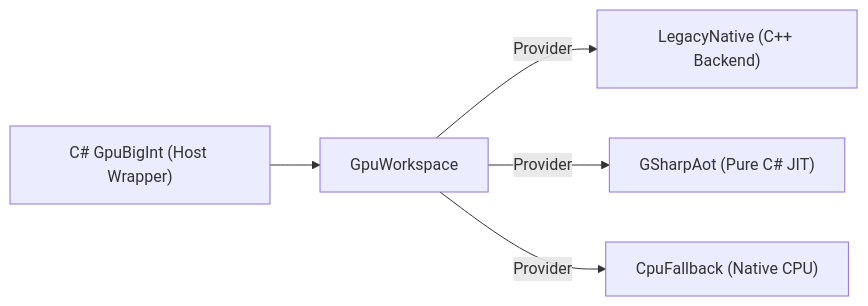
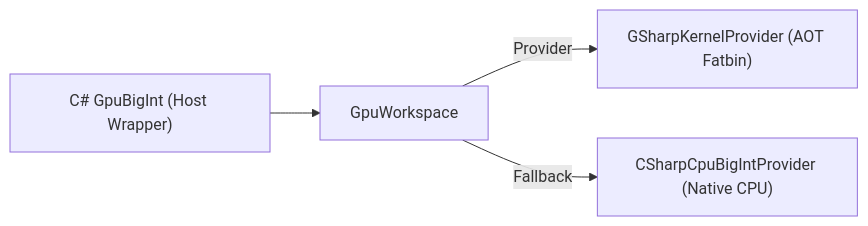
One commit to kassyi/Henicos changed the first of 3 diagrams in docs/spec/en/02_architecture/04_bignum_internals.md. Above: the diagram before and after it, drawn with Mermaid. The commit also changed other lines of this file and 5 other files, not shown here.

First line of the commit message:
docs(spec): remove native provider and legacy native engine specifications

````diff
--- a/docs/spec/en/02_architecture/04_bignum_internals.md
+++ b/docs/spec/en/02_architecture/04_bignum_internals.md
@@ -205,7 +205,6 @@
 ```mermaid
 flowchart LR
     Host["C# GpuBigInt (Host Wrapper)"] --> Context["GpuWorkspace"]
-    Context -->|Provider| Native["LegacyNative (C++ Backend)"]
-    Context -->|Provider| AOT["GSharpAot (Pure C# JIT)"]
-    Context -->|Provider| CPU["CpuFallback (Native CPU)"]
+    Context -->|Provider| AOT["GSharpKernelProvider (AOT Fatbin)"]
+    Context -->|Fallback| CPU["CSharpCpuBigIntProvider (Native CPU)"]
 ```
````
